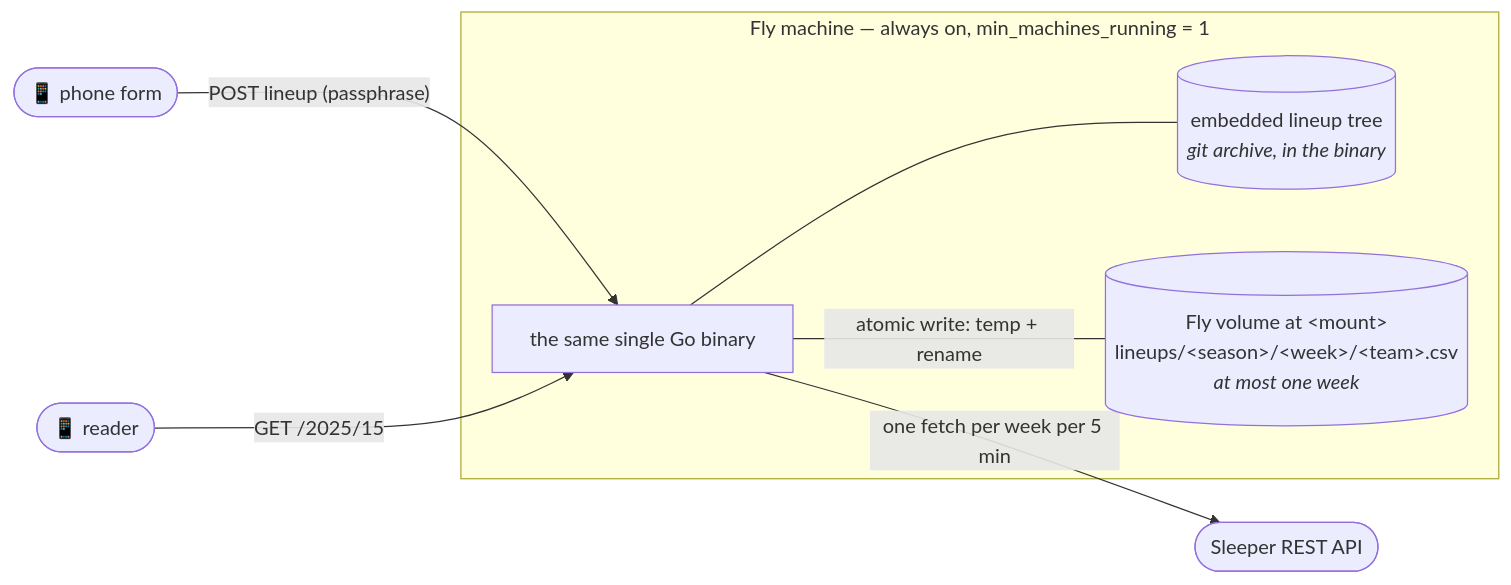
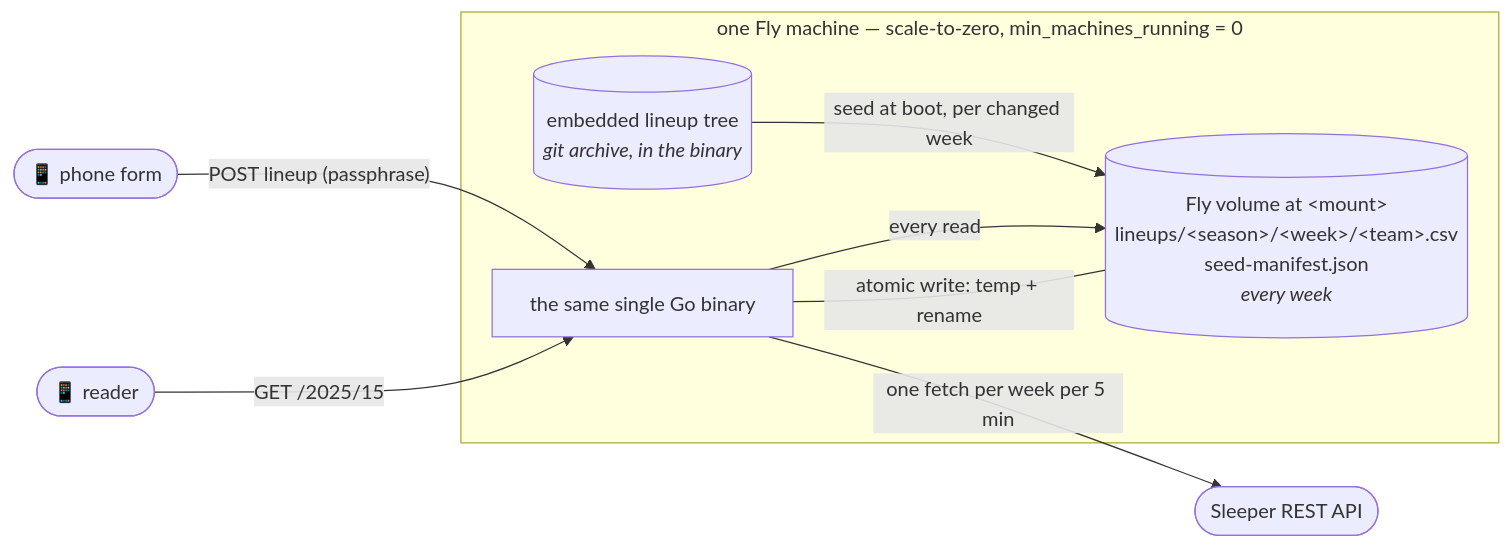
The eighth of 9 diagrams in docs/architecture.md (eshifrin-606/bojjaes), drawn with Mermaid before and after one commit. The commit also changed other lines of this file and 15 other files, not shown here.

First line of the commit message:
Read lineups from the volume store, seeded per week at boot

````diff
--- a/docs/architecture.md
+++ b/docs/architecture.md
@@ -262,13 +262,14 @@
 ```mermaid
 graph LR
     phone(["📱 phone form"]) -->|"POST lineup (passphrase)"| server
     reader(["📱 reader"]) -->|"GET /2025/15"| server
-    subgraph fly["Fly machine — always on, min_machines_running = 1"]
+    subgraph fly["one Fly machine — scale-to-zero, min_machines_running = 0"]
         server["the same single Go binary"]
         tree[("embedded lineup tree<br/><i>git archive, in the binary</i>")]
-        vol[("Fly volume at &lt;mount&gt;<br/>lineups/&lt;season&gt;/&lt;week&gt;/&lt;team&gt;.csv<br/><i>at most one week</i>")]
-        server --- tree
+        vol[("Fly volume at &lt;mount&gt;<br/>lineups/&lt;season&gt;/&lt;week&gt;/&lt;team&gt;.csv<br/>seed-manifest.json<br/><i>every week</i>")]
+        tree -->|"seed at boot, per changed week"| vol
+        server -->|"every read"| vol
         server ---|"atomic write: temp + rename"| vol
     end
     server -->|"one fetch per week per 5 min"| sleeper(["Sleeper REST API"])
 ```
````
